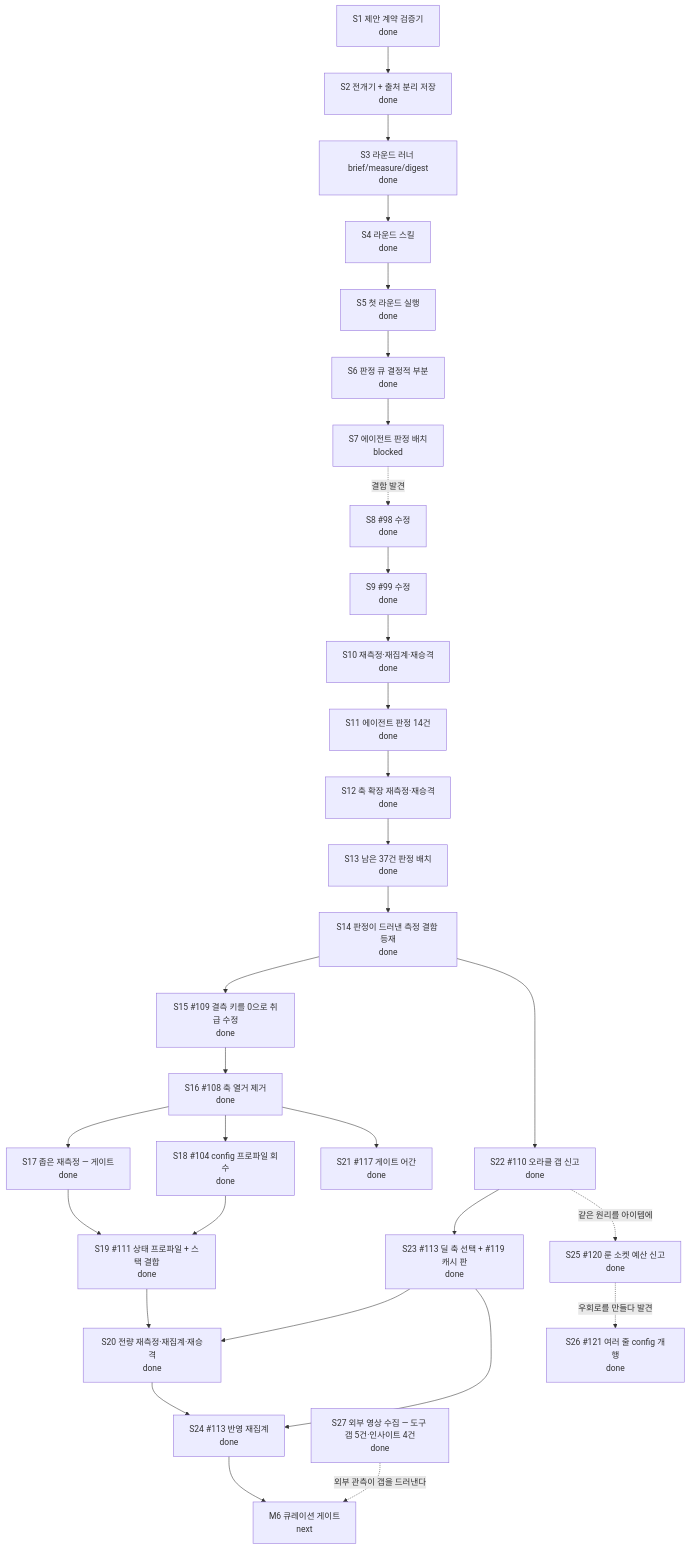
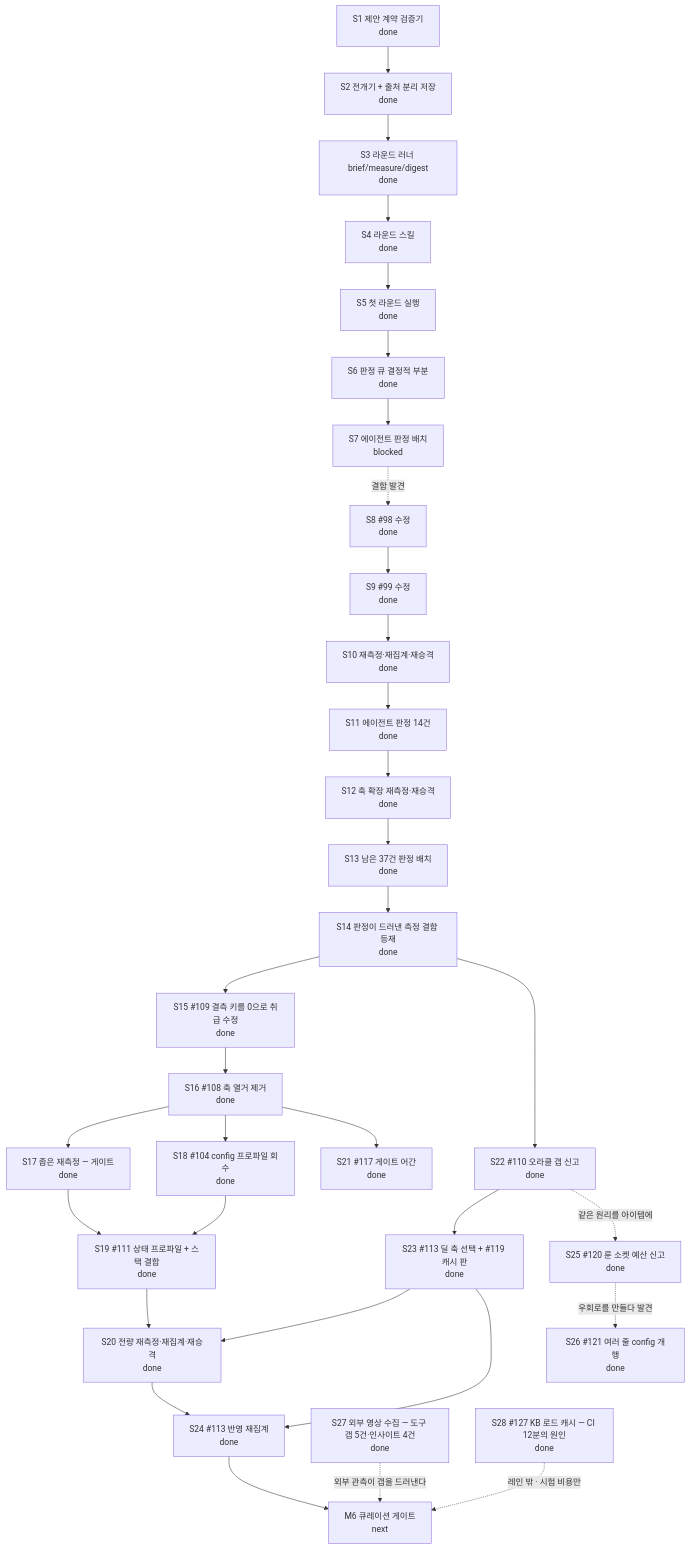
Before and after one commit to skerfolg/poe2-ai-wiki: the diagram in docs/CURRENT-PLAN.md, drawn with Mermaid. The commit also changed other lines of this file and 5 other files, not shown here.

````diff
--- a/docs/CURRENT-PLAN.md
+++ b/docs/CURRENT-PLAN.md
@@ -23,44 +23,46 @@
 ```mermaid
 flowchart TD
   CONTRACT[S1 제안 계약 검증기<br/>done]
   FLOW[S2 전개기 + 출처 분리 저장<br/>done]
   ROUND[S3 라운드 러너 brief/measure/digest<br/>done]
   SKILL[S4 라운드 스킬<br/>done]
   FIRST[S5 첫 라운드 실행<br/>done]
   NECESS[S6 판정 큐 결정적 부분<br/>done]
   JUDGE[S7 에이전트 판정 배치<br/>blocked]
   FIX[S8 #98 수정<br/>done]
   REMEAS[S9 #99 수정<br/>done]
   REAGG[S10 재측정·재집계·재승격<br/>done]
   RESUME[S11 에이전트 판정 14건<br/>done]
   AXES[S12 축 확장 재측정·재승격<br/>done]
   NEXT2[S13 남은 37건 판정 배치<br/>done]
   DEF[S14 판정이 드러낸 측정 결함 등재<br/>done]
   FIXDELTA[S15 #109 결측 키를 0으로 취급 수정<br/>done]
   WIDEN[S16 #108 축 열거 제거<br/>done]
   NARROW[S17 좁은 재측정 — 게이트<br/>done]
   CFG[S18 #104 config 프로파일 회수<br/>done]
   CPL[S19 #111 상태 프로파일 + 스택 결합<br/>done]
   FULL[S20 전량 재측정·재집계·재승격<br/>done]
   STEM[S21 #117 게이트 어간<br/>done]
   ORACLE[S22 #110 오라클 갭 신고<br/>done]
   AXIS[S23 #113 딜 축 선택 + #119 캐시 판<br/>done]
   REAGG2[S24 #113 반영 재집계<br/>done]
   SOCKET[S25 #120 룬 소켓 예산 신고<br/>done]
   ATTR[S26 #121 여러 줄 config 개행<br/>done]
   EXT[S27 외부 영상 수집 — 도구 갭 5건·인사이트 4건<br/>done]
+  CI[S28 #127 KB 로드 캐시 — CI 12분의 원인<br/>done]
   M6[M6 큐레이션 게이트<br/>next]
   CONTRACT --> FLOW --> ROUND --> SKILL --> FIRST --> NECESS --> JUDGE
   JUDGE -. 결함 발견 .-> FIX --> REMEAS --> REAGG --> RESUME --> AXES --> NEXT2
   NEXT2 --> DEF --> FIXDELTA --> WIDEN --> NARROW --> CPL --> FULL
   WIDEN --> CFG --> CPL
   WIDEN --> STEM
   DEF --> ORACLE
   ORACLE --> AXIS --> FULL
   FULL --> REAGG2
   AXIS --> REAGG2
   REAGG2 --> M6
   ORACLE -. 같은 원리를 아이템에 .-> SOCKET
   SOCKET -. 우회로를 만들다 발견 .-> ATTR
   EXT -. 외부 관측이 갭을 드러낸다 .-> M6
+  CI -. 레인 밖 · 시험 비용만 .-> M6
 ```
````
